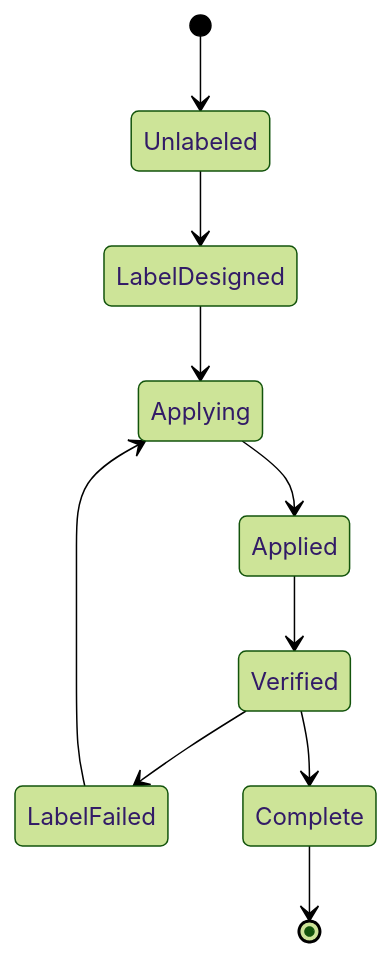
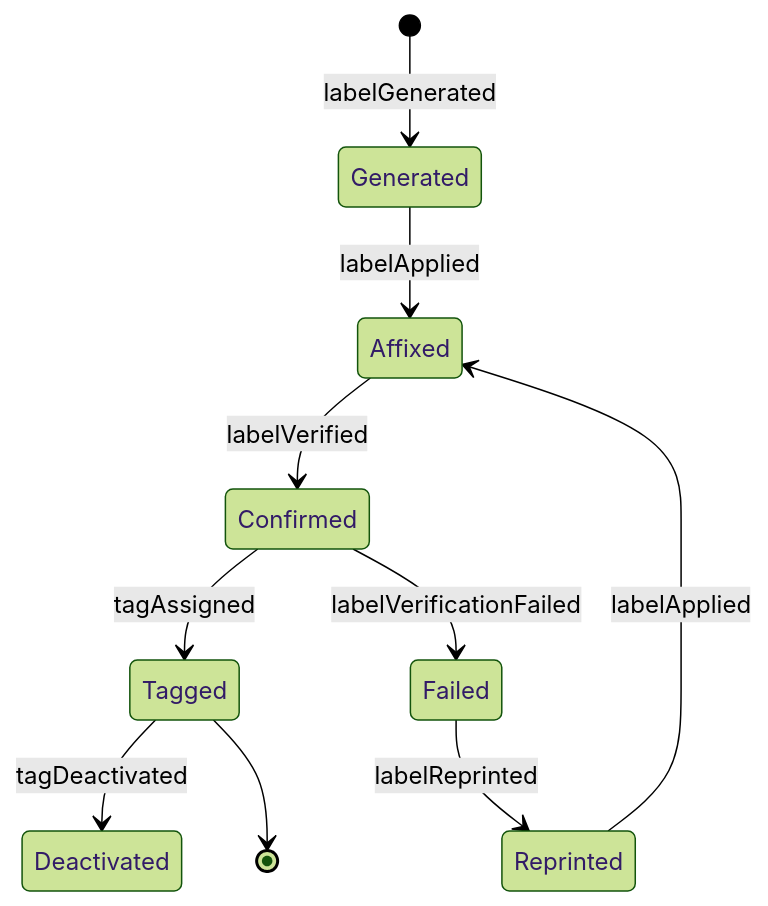
One commit to dot-org-ai/tasks.org.ai changed the second of 4 diagrams in IdentifyingObjectsActionsAndEvents/MarkMaterialsOrObjectsForIdentification/ApplyIdentificationLabelsTags.mdx. Above: the diagram before and after it, drawn with Mermaid (forest theme). The commit also changed other lines of this file and 515 other files, not shown here.

````diff
--- a/IdentifyingObjectsActionsAndEvents/MarkMaterialsOrObjectsForIdentification/ApplyIdentificationLabelsTags.mdx
+++ b/IdentifyingObjectsActionsAndEvents/MarkMaterialsOrObjectsForIdentification/ApplyIdentificationLabelsTags.mdx
@@ -98,12 +98,12 @@
 ```mermaid
 stateDiagram-v2
-    [*] --> Unlabeled
-    Unlabeled --> LabelDesigned
-    LabelDesigned --> Applying
-    Applying --> Applied
-    Applied --> Verified
-    Verified --> LabelFailed
-    LabelFailed --> Applying
-    Verified --> Complete
-    Complete --> [*]
+    [*] --> Generated : labelGenerated
+    Generated --> Affixed : labelApplied
+    Affixed --> Confirmed : labelVerified
+    Confirmed --> Tagged : tagAssigned
+    Confirmed --> Failed : labelVerificationFailed
+    Failed --> Reprinted : labelReprinted
+    Reprinted --> Affixed : labelApplied
+    Tagged --> Deactivated : tagDeactivated
+    Tagged --> [*]
 ```
````
